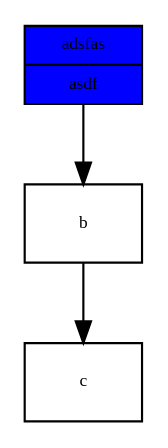
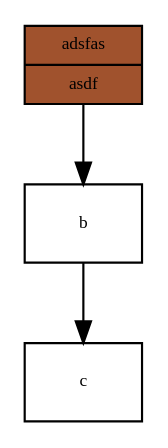
Before and after one commit to CSSE374-CJJB/Java-UML-Generator: the diagram in docs/fillcolorexample.gv, drawn with Graphviz. The commit also changed 23 other files, not shown here.

```diff
--- a/docs/fillcolorexample.gv
+++ b/docs/fillcolorexample.gv
@@ -1,8 +1,8 @@
 digraph g {
 	fontname = "Bitstream Vera Sans" fontsize = 8 node [ fontname = "Bitstream Vera Sans" fontsize = 8 shape = "record" ] edge [ fontname = "Bitstream Vera Sans" fontsize = 8 ]
 
 	a [  label  = "{ adsfas| asdf}" ]
-	a [style=filled color=black fillcolor=blue]
+	a [style=filled color=black fillcolor="#a0522d"]
 	a -> b
 	b -> c
 }
```
